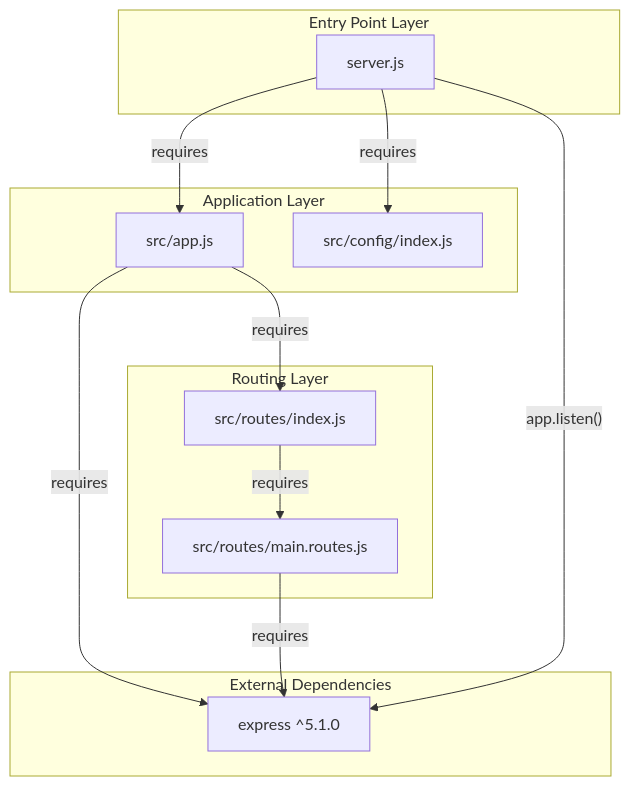
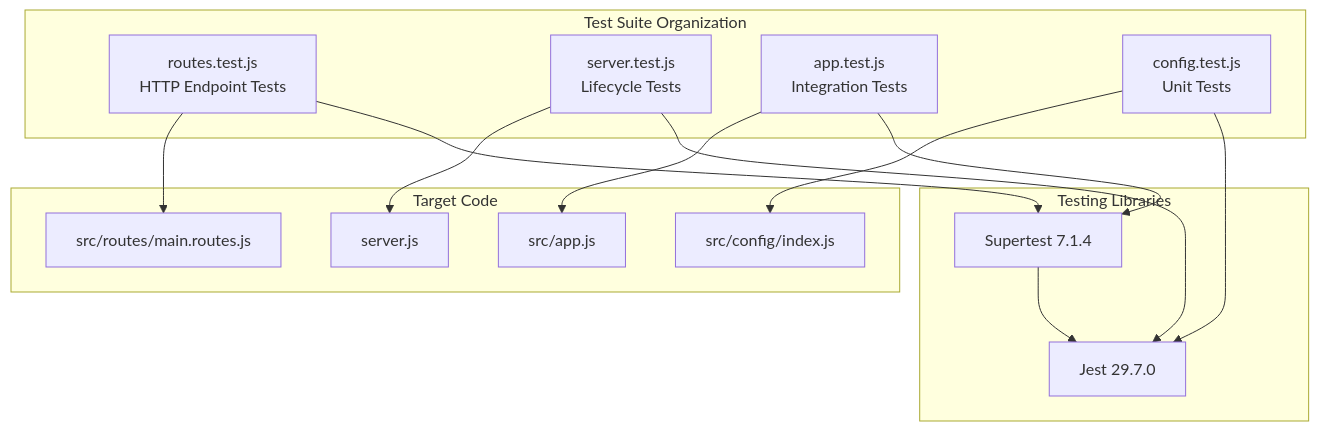
Before and after one commit to sudhanshu-spec/test-spec: the first of 5 diagrams in blitzy/documentation/Technical Specifications.md, drawn with Mermaid. The commit also changed other lines of this file, not shown here.

````diff
--- a/blitzy/documentation/Technical Specifications.md
+++ b/blitzy/documentation/Technical Specifications.md
@@ -317,29 +350,33 @@
 ```mermaid
 graph TB
-    subgraph EntryPoint["Entry Point Layer"]
-        SERVER["server.js"]
+    subgraph Test_Suite["Test Suite Organization"]
+        Routes["routes.test.js<br/>HTTP Endpoint Tests"]
+        Server["server.test.js<br/>Lifecycle Tests"]
+        App["app.test.js<br/>Integration Tests"]
+        Config["config.test.js<br/>Unit Tests"]
     end
     
-    subgraph ApplicationLayer["Application Layer"]
-        APP["src/app.js"]
-        CONFIG["src/config/index.js"]
+    subgraph Target_Code["Target Code"]
+        ServerJS["server.js"]
+        AppJS["src/app.js"]
+        MainRoutes["src/routes/main.routes.js"]
+        ConfigJS["src/config/index.js"]
     end
     
-    subgraph RoutingLayer["Routing Layer"]
-        ROUTES_IDX["src/routes/index.js"]
-        ROUTES_MAIN["src/routes/main.routes.js"]
+    subgraph Libraries["Testing Libraries"]
+        Jest["Jest 29.7.0"]
+        Supertest["Supertest 7.1.4"]
     end
     
-    subgraph ExternalDeps["External Dependencies"]
-        EXPRESS["express ^5.1.0"]
-    end
+    Routes --> MainRoutes
+    Server --> ServerJS
+    App --> AppJS
+    Config --> ConfigJS
     
-    SERVER -->|"requires"| APP
-    SERVER -->|"requires"| CONFIG
-    APP -->|"requires"| EXPRESS
-    APP -->|"requires"| ROUTES_IDX
-    ROUTES_IDX -->|"requires"| ROUTES_MAIN
-    ROUTES_MAIN -->|"requires"| EXPRESS
+    Routes --> Supertest
+    App --> Supertest
+    Server --> Jest
+    Config --> Jest
     
-    SERVER -->|"app.listen()"| EXPRESS
+    Supertest --> Jest
 ```
````
